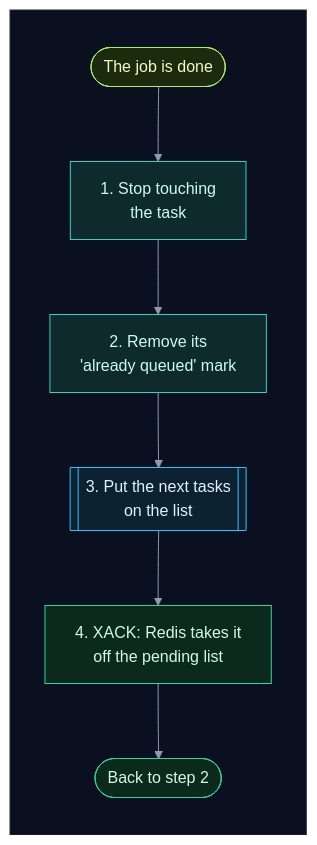
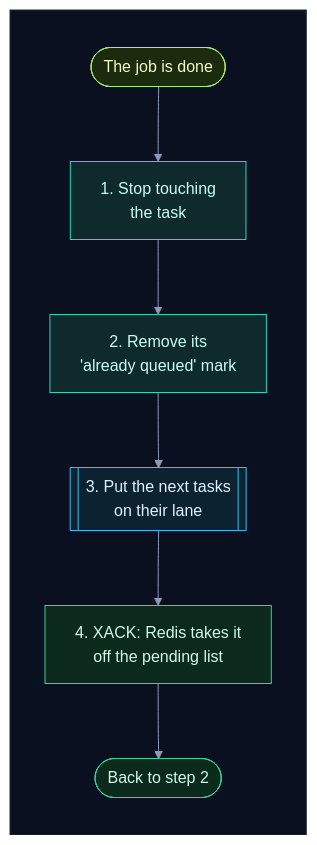
One commit to selvakumarperumal/Regulatory_Circular_Impact_Agent changed diagram 15 of 45 in backend/worker/INTERNALS.md. Above: the diagram before and after it, drawn with Mermaid. The commit also changed other lines of this file and 7 other files, not shown here.

````diff
--- a/backend/worker/INTERNALS.md
+++ b/backend/worker/INTERNALS.md
@@ -830,27 +858,27 @@
 ```mermaid
 %%{init: {"theme": "base", "flowchart": {"diagramPadding": 0}, "themeVariables": {"darkMode": true, "primaryColor": "#16213a", "primaryTextColor": "#e6edf7", "primaryBorderColor": "#475a7a", "lineColor": "#8b9bb4", "secondaryColor": "#1b2436", "tertiaryColor": "#101a2e", "edgeLabelBackground": "#0f172a", "textColor": "#e2e8f0", "clusterBkg": "#0f1728", "clusterBorder": "#2b3a55", "titleColor": "#c4b5fd", "nodeTextColor": "#e6edf7"}}}%%
 flowchart TD
     subgraph canvas[" "]
         direction TB
         d(["The job is done"]) --> u["1. Stop touching<br/>the task"]
         u --> k["2. Remove its<br/>'already queued' mark"]
-        k --> n[["3. Put the next tasks<br/>on the list"]]
+        k --> n[["3. Put the next tasks<br/>on their lane"]]
         n --> a["4. XACK: Redis takes it<br/>off the pending list"]
         a --> b(["Back to step 2"])
     end
     classDef svc fill:#0e2a2c,stroke:#2dd4bf,color:#ccfbf1
     classDef data fill:#1c1a47,stroke:#818cf8,color:#e0e7ff
     classDef ext fill:#2a1640,stroke:#c084fc,color:#f3e8ff
     classDef gpu fill:#2d1b0c,stroke:#fb923c,color:#ffedd5
     classDef ask fill:#2a2410,stroke:#fbbf24,color:#fef3c7
     classDef ok fill:#0b2a1c,stroke:#34d399,color:#d1fae5
     classDef bad fill:#2e0f17,stroke:#fb7185,color:#ffe4e6
     classDef start fill:#1c2a0e,stroke:#a7ef6f,color:#ecfccb
     classDef muted fill:#1a2130,stroke:#64748b,color:#cbd5e1
     classDef queue fill:#0c2231,stroke:#38bdf8,color:#e0f2fe
     class d start
     class u,k svc
     class n queue
     class a,b ok
     style canvas fill:#0b1020,stroke:#1e293b,color:#0b1020
 ```
````
